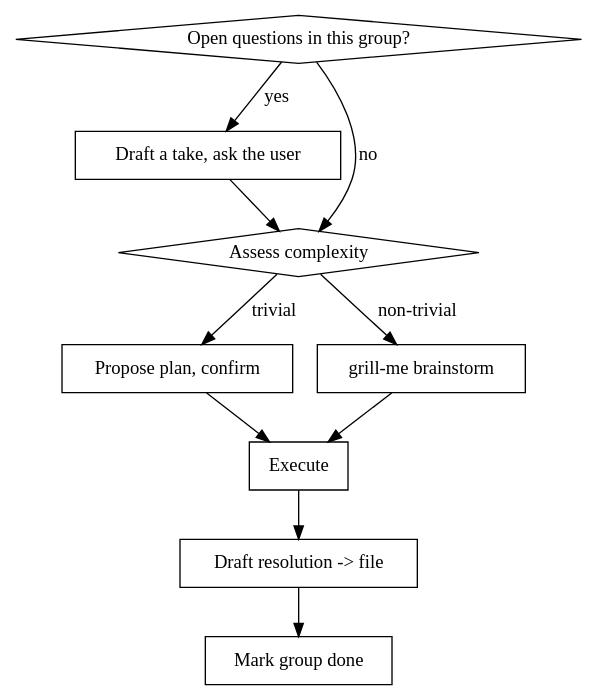
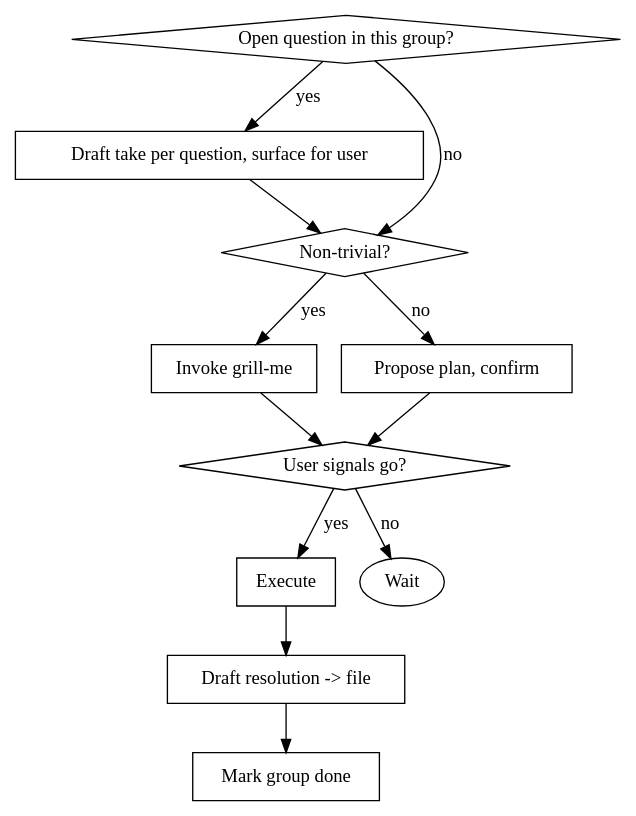
One commit to Haydeni0/claude-config changed the diagram in skills/task-brainstorm/SKILL.md. Above: the diagram before and after it, drawn with Graphviz. The commit also changed other lines of this file, not shown here.

Commit message:
Update task-brainstorm

````diff
--- a/skills/task-brainstorm/SKILL.md
+++ b/skills/task-brainstorm/SKILL.md
@@ -59,22 +118,25 @@
 ```dot
 digraph work_loop {
-    "Open questions in this group?" [shape=diamond];
-    "Draft a take, ask the user" [shape=box];
-    "Assess complexity" [shape=diamond];
+    "Open question in this group?" [shape=diamond];
+    "Draft take per question, surface for user" [shape=box];
+    "Non-trivial?" [shape=diamond];
+    "Invoke grill-me" [shape=box];
     "Propose plan, confirm" [shape=box];
-    "grill-me brainstorm" [shape=box];
+    "User signals go?" [shape=diamond];
     "Execute" [shape=box];
     "Draft resolution -> file" [shape=box];
     "Mark group done" [shape=box];
 
-    "Open questions in this group?" -> "Draft a take, ask the user" [label="yes"];
-    "Open questions in this group?" -> "Assess complexity" [label="no"];
-    "Draft a take, ask the user" -> "Assess complexity";
-    "Assess complexity" -> "Propose plan, confirm" [label="trivial"];
-    "Assess complexity" -> "grill-me brainstorm" [label="non-trivial"];
-    "grill-me brainstorm" -> "Execute";
-    "Propose plan, confirm" -> "Execute";
+    "Open question in this group?" -> "Draft take per question, surface for user" [label="yes"];
+    "Open question in this group?" -> "Non-trivial?" [label="no"];
+    "Draft take per question, surface for user" -> "Non-trivial?";
+    "Non-trivial?" -> "Invoke grill-me" [label="yes"];
+    "Non-trivial?" -> "Propose plan, confirm" [label="no"];
+    "Invoke grill-me" -> "User signals go?";
+    "Propose plan, confirm" -> "User signals go?";
+    "User signals go?" -> "Execute" [label="yes"];
+    "User signals go?" -> "Wait" [label="no"];
     "Execute" -> "Draft resolution -> file";
     "Draft resolution -> file" -> "Mark group done";
 }
 ```
````
